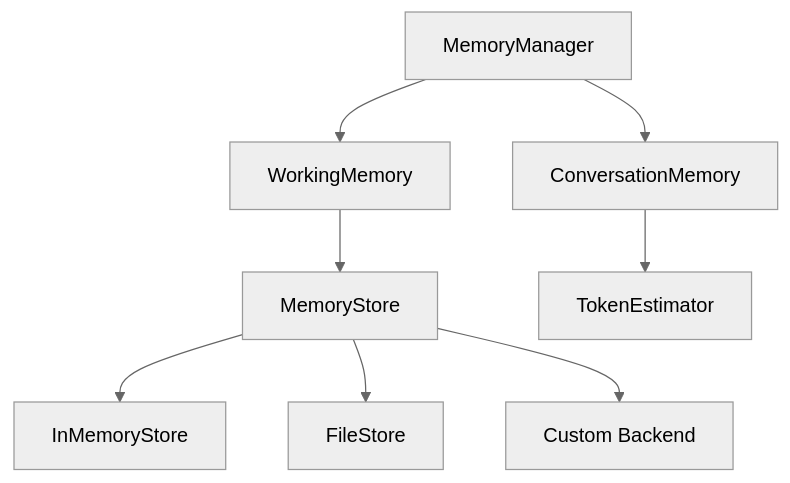
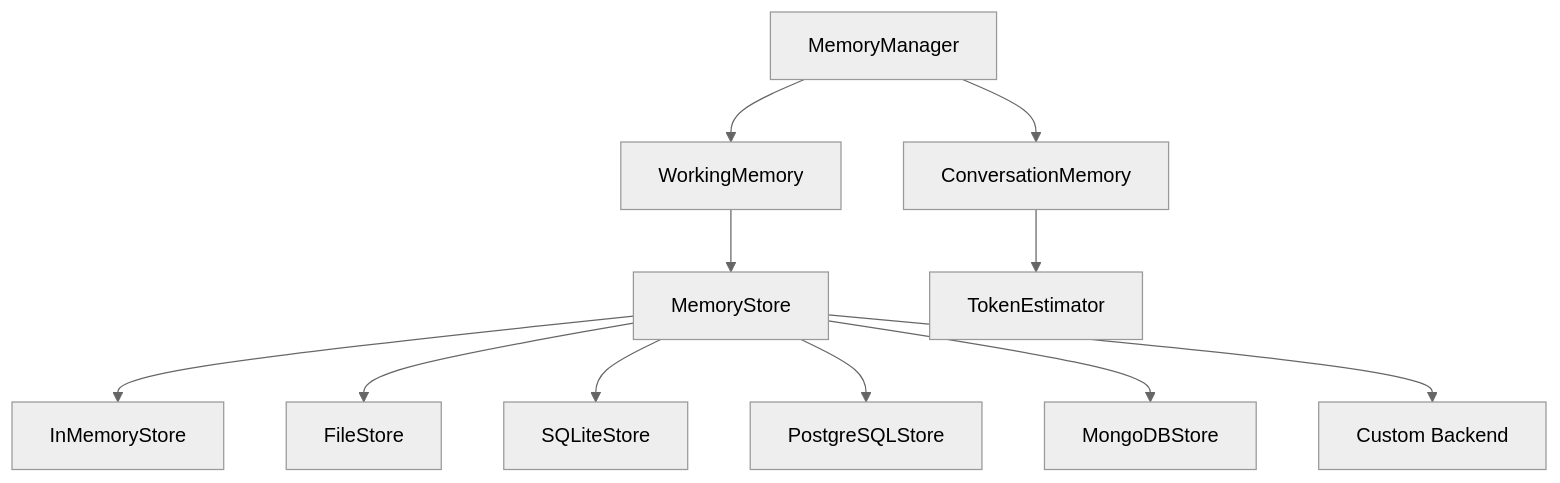
Before and after one commit to fireflyframework/fireflyframework-agentic: the diagram in docs/memory.md, drawn with Mermaid (neutral theme). The commit also changed other lines of this file and 20 other files, not shown here.

````diff
--- a/docs/memory.md
+++ b/docs/memory.md
@@ -16,10 +16,13 @@
 ```mermaid
 graph TD
     MM[MemoryManager] --> CM[ConversationMemory]
     MM --> WM[WorkingMemory]
     WM --> STORE[MemoryStore]
     CM --> TOKENS[TokenEstimator]
     STORE --> IM[InMemoryStore]
     STORE --> FS[FileStore]
+    STORE --> SQ[SQLiteStore]
+    STORE --> PG[PostgreSQLStore]
+    STORE --> MG[MongoDBStore]
     STORE --> CUSTOM[Custom Backend]
 ```
````
